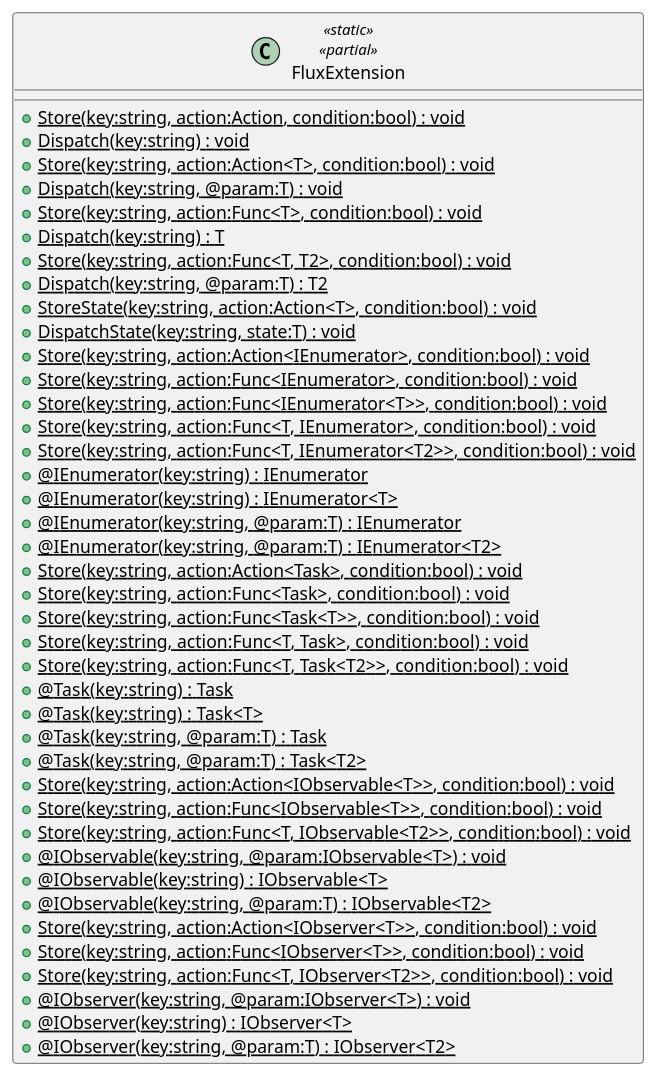
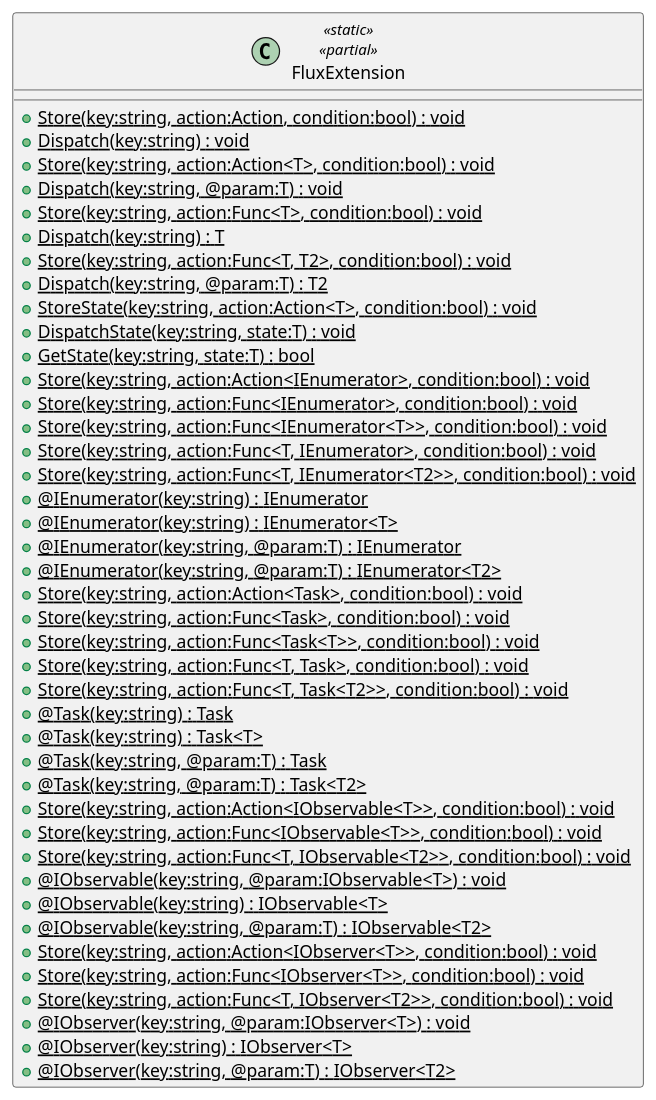
The diagram in UML~/UniFlux.String.puml (xavierarpa/UniFlux), drawn with PlantUML before and after one commit. The commit also changed 9 other files, not shown here.

Commit message:
Generate UML (Generate UML)

```diff
--- a/UML~/UniFlux.String.puml
+++ b/UML~/UniFlux.String.puml
@@ -1,60 +1,61 @@
 @startuml
 class FluxExtension <<static>> <<partial>> {
     + {static} Store(key:string, action:Action, condition:bool) : void
     + {static} Dispatch(key:string) : void
 }
 class FluxExtension <<static>> <<partial>> {
     + {static} Store(key:string, action:Action<T>, condition:bool) : void
     + {static} Dispatch(key:string, @param:T) : void
 }
 class FluxExtension <<static>> <<partial>> {
     + {static} Store(key:string, action:Func<T>, condition:bool) : void
     + {static} Dispatch(key:string) : T
 }
 class FluxExtension <<static>> <<partial>> {
     + {static} Store(key:string, action:Func<T, T2>, condition:bool) : void
     + {static} Dispatch(key:string, @param:T) : T2
 }
 class FluxExtension <<static>> <<partial>> {
     + {static} StoreState(key:string, action:Action<T>, condition:bool) : void
     + {static} DispatchState(key:string, state:T) : void
+    + {static} GetState(key:string, state:T) : bool
 }
 class FluxExtension <<static>> <<partial>> {
     + {static} Store(key:string, action:Action<IEnumerator>, condition:bool) : void
     + {static} Store(key:string, action:Func<IEnumerator>, condition:bool) : void
     + {static} Store(key:string, action:Func<IEnumerator<T>>, condition:bool) : void
     + {static} Store(key:string, action:Func<T, IEnumerator>, condition:bool) : void
     + {static} Store(key:string, action:Func<T, IEnumerator<T2>>, condition:bool) : void
     + {static} @IEnumerator(key:string) : IEnumerator
     + {static} @IEnumerator(key:string) : IEnumerator<T>
     + {static} @IEnumerator(key:string, @param:T) : IEnumerator
     + {static} @IEnumerator(key:string, @param:T) : IEnumerator<T2>
 }
 class FluxExtension <<static>> <<partial>> {
     + {static} Store(key:string, action:Action<Task>, condition:bool) : void
     + {static} Store(key:string, action:Func<Task>, condition:bool) : void
     + {static} Store(key:string, action:Func<Task<T>>, condition:bool) : void
     + {static} Store(key:string, action:Func<T, Task>, condition:bool) : void
     + {static} Store(key:string, action:Func<T, Task<T2>>, condition:bool) : void
     + {static} @Task(key:string) : Task
     + {static} @Task(key:string) : Task<T>
     + {static} @Task(key:string, @param:T) : Task
     + {static} @Task(key:string, @param:T) : Task<T2>
 }
 class FluxExtension <<static>> <<partial>> {
     + {static} Store(key:string, action:Action<IObservable<T>>, condition:bool) : void
     + {static} Store(key:string, action:Func<IObservable<T>>, condition:bool) : void
     + {static} Store(key:string, action:Func<T, IObservable<T2>>, condition:bool) : void
     + {static} @IObservable(key:string, @param:IObservable<T>) : void
     + {static} @IObservable(key:string) : IObservable<T>
     + {static} @IObservable(key:string, @param:T) : IObservable<T2>
 }
 class FluxExtension <<static>> <<partial>> {
     + {static} Store(key:string, action:Action<IObserver<T>>, condition:bool) : void
     + {static} Store(key:string, action:Func<IObserver<T>>, condition:bool) : void
     + {static} Store(key:string, action:Func<T, IObserver<T2>>, condition:bool) : void
     + {static} @IObserver(key:string, @param:IObserver<T>) : void
     + {static} @IObserver(key:string) : IObserver<T>
     + {static} @IObserver(key:string, @param:T) : IObserver<T2>
 }
 @enduml
```
